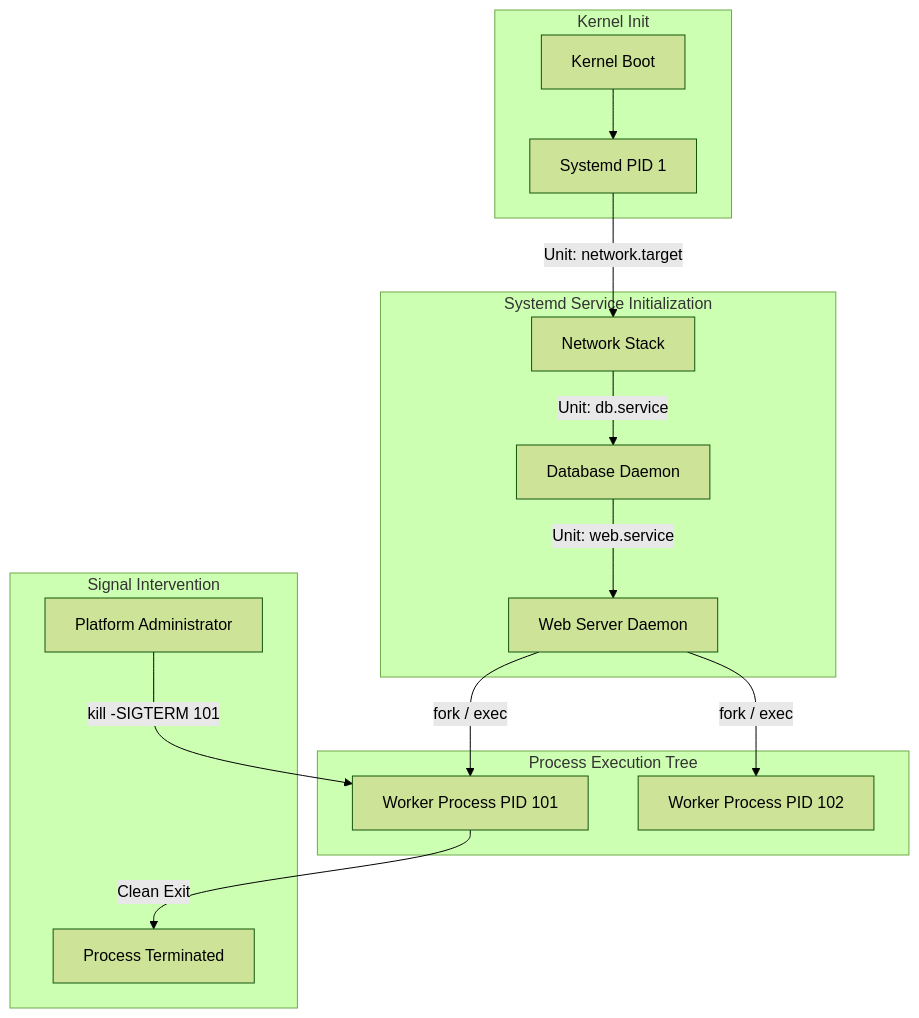
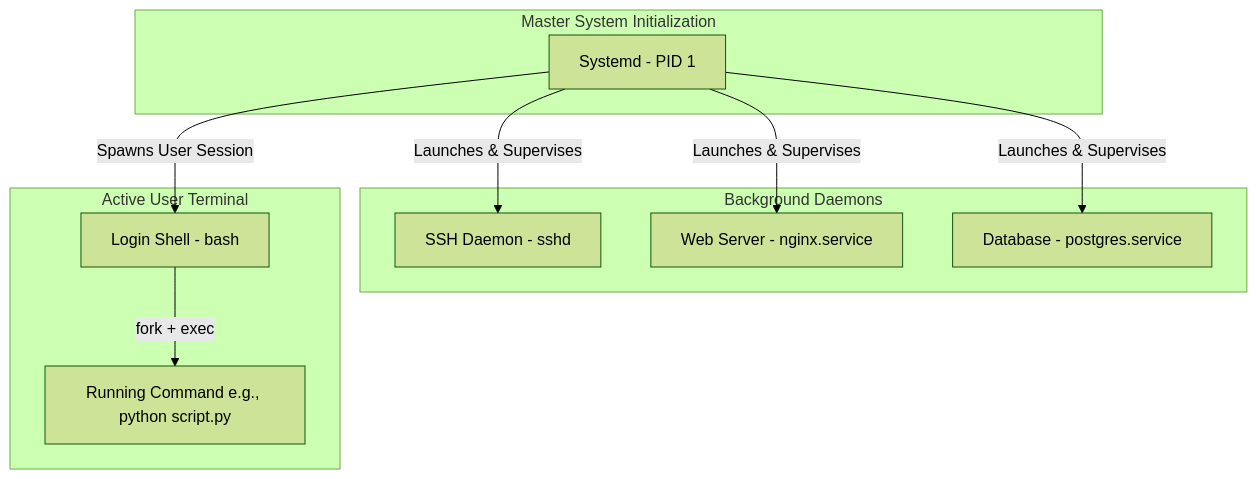
The first of 2 diagrams in output/generated/module-01/lesson-03.md (aloysiuspattath/platform-engineering-ai-course), drawn with Mermaid (forest theme) before and after one commit. The commit also changed other lines of this file and 7 other files, not shown here.

````diff
--- a/output/generated/module-01/lesson-03.md
+++ b/output/generated/module-01/lesson-03.md
@@ -68,22 +88,23 @@
 ```mermaid
 flowchart TD
-    subgraph Kernel Init
-        K[Kernel Boot] --> P1[Systemd PID 1]
+    subgraph Init [Master System Initialization]
+        A[Systemd - PID 1]
     end
 
-    subgraph Systemd Service Initialization
-        P1 -->|Unit: network.target| NET[Network Stack]
-        NET -->|Unit: db.service| DB[Database Daemon]
-        DB -->|Unit: web.service| WEB[Web Server Daemon]
+    subgraph Daemons [Background Daemons]
+        B[SSH Daemon - sshd]
+        C[Web Server - nginx.service]
+        D[Database - postgres.service]
     end
 
-    subgraph Process Execution Tree
-        WEB -->|fork / exec| W1[Worker Process PID 101]
-        WEB -->|fork / exec| W2[Worker Process PID 102]
+    subgraph UserSession [Active User Terminal]
+        E[Login Shell - bash]
+        F[Running Command e.g., python script.py]
     end
 
-    subgraph Signal Intervention
-        ADM[Platform Administrator] -->|kill -SIGTERM 101| W1
-        W1 -->|Clean Exit| EXIT[Process Terminated]
-    end
+    A -->|Launches & Supervises| B
+    A -->|Launches & Supervises| C
+    A -->|Launches & Supervises| D
+    A -->|Spawns User Session| E
+    E -->|fork + exec| F
 ```
````
